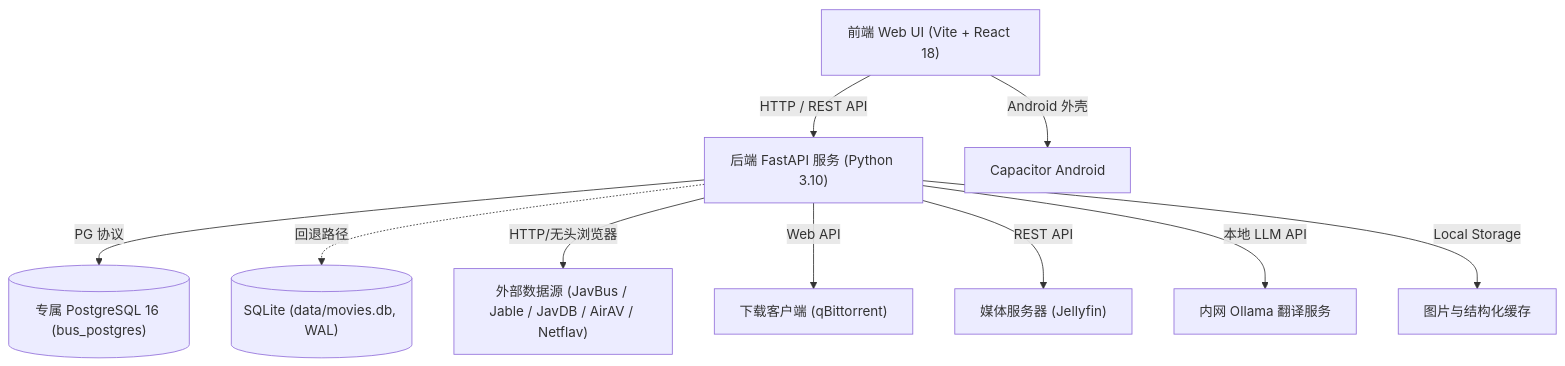
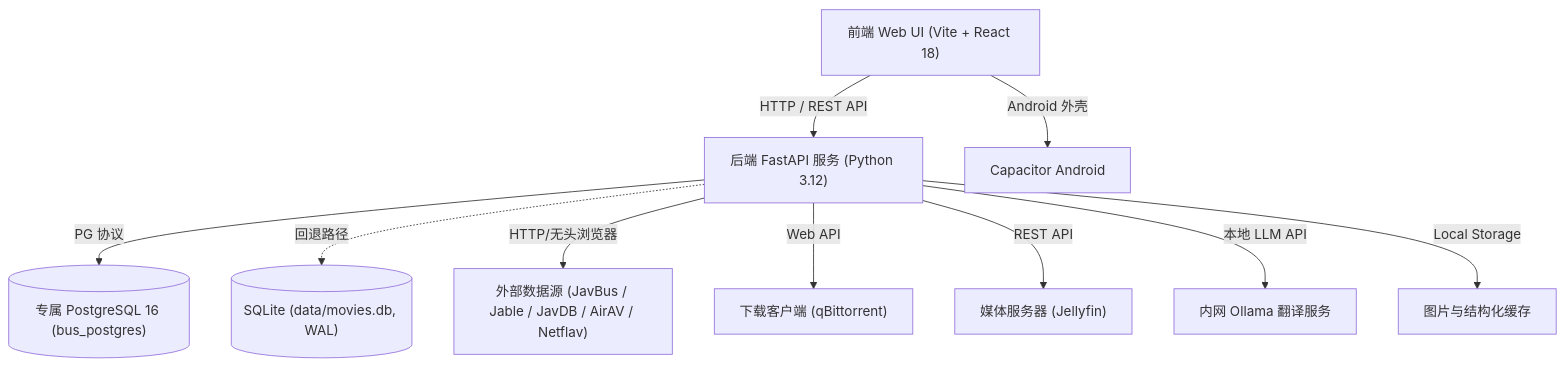
The diagram in docs/PRD.md (seldoms/BusTerminal), drawn with Mermaid before and after one commit. The commit also changed other lines of this file and 7 other files, not shown here.

Commit message:
chore: lock backend dependencies and unify Python 3.12 (#8)

````diff
--- a/docs/PRD.md
+++ b/docs/PRD.md
@@ -81,12 +81,12 @@
 ```mermaid
 graph TD
-    Client["前端 Web UI (Vite + React 18)"] -->|HTTP / REST API| Backend["后端 FastAPI 服务 (Python 3.10)"]
+    Client["前端 Web UI (Vite + React 18)"] -->|HTTP / REST API| Backend["后端 FastAPI 服务 (Python 3.12)"]
     Client -->|Android 外壳| Android["Capacitor Android"]
     Backend -->|PG 协议| DB[("专属 PostgreSQL 16 (bus_postgres)")]
     Backend -.->|回退路径| DBLegacy[("SQLite (data/movies.db, WAL)")]
     Backend -->|HTTP/无头浏览器| Sources["外部数据源 (JavBus / Jable / JavDB / AirAV / Netflav)"]
     Backend -->|Web API| qB["下载客户端 (qBittorrent)"]
     Backend -->|REST API| Jellyfin["媒体服务器 (Jellyfin)"]
     Backend -->|本地 LLM API| Ollama["内网 Ollama 翻译服务"]
     Backend -->|Local Storage| Cache["图片与结构化缓存"]
 ```
````
